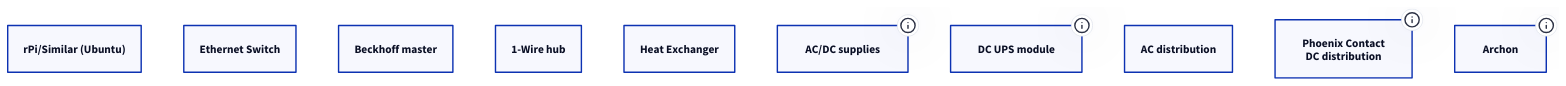
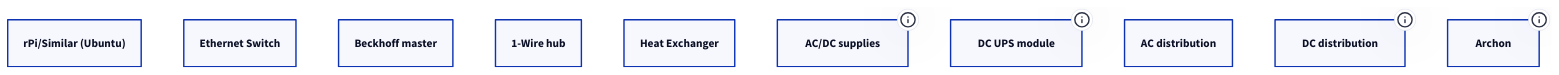
The diagram in equipment.d2 (baileyji/zshooter_d2), drawn with D2 before and after one commit. The commit also changed 49 other files, not shown here.

Commit message:
Complete power coverage and refine linked diagram views

```diff
--- a/equipment.d2
+++ b/equipment.d2
@@ -1,11 +1,11 @@
 # Reusable equipment defaults. Assembly-specific identity and wiring live in model/.
 module_computer: {label: "rPi/Similar (Ubuntu)"; class: computer}
 ethernet_switch: {label: "Ethernet Switch"; class: computer}
 beckhoff_master: {label: "Beckhoff master"; class: controller}
 temperature_hub: {label: "1-Wire hub"; class: controller}
 heat_exchanger: {label: "Heat Exchanger"; class: device}
 dc_supply: {label: "AC/DC supplies"; class: utility; tooltip: "Convert the incoming AC feed to the DC rails used by local distribution."}
 dc_ups: {label: "DC UPS module"; class: [utility; optional]; tooltip: "Charging and backup connection to DC distribution. Fit where local battery support is needed."}
 ac_distribution: {label: "AC distribution"; class: utility}
-dc_distribution: {label: "Phoenix Contact\nDC distribution"; class: controller; tooltip: "Smart DC distribution with monitored, switchable outputs."}
+dc_distribution: {label: "DC distribution"; class: controller; tooltip: "Smart DC distribution with monitored, switchable outputs."}
 archon: {label: "Archon"; class: controller; tooltip: "One Archon per detector."}
```
